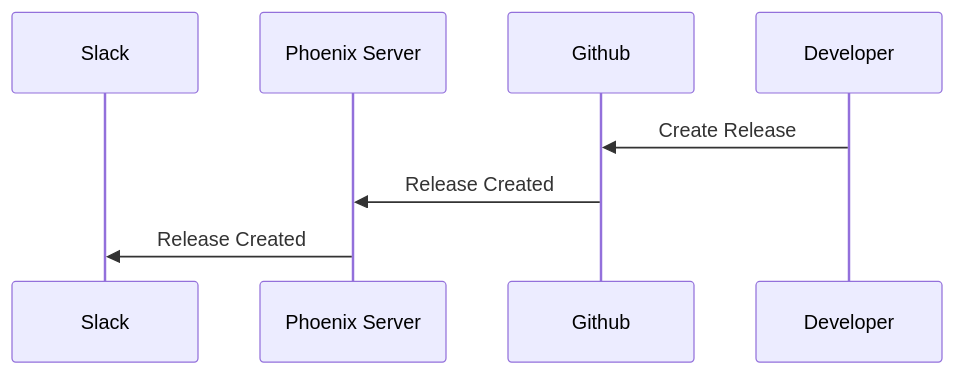
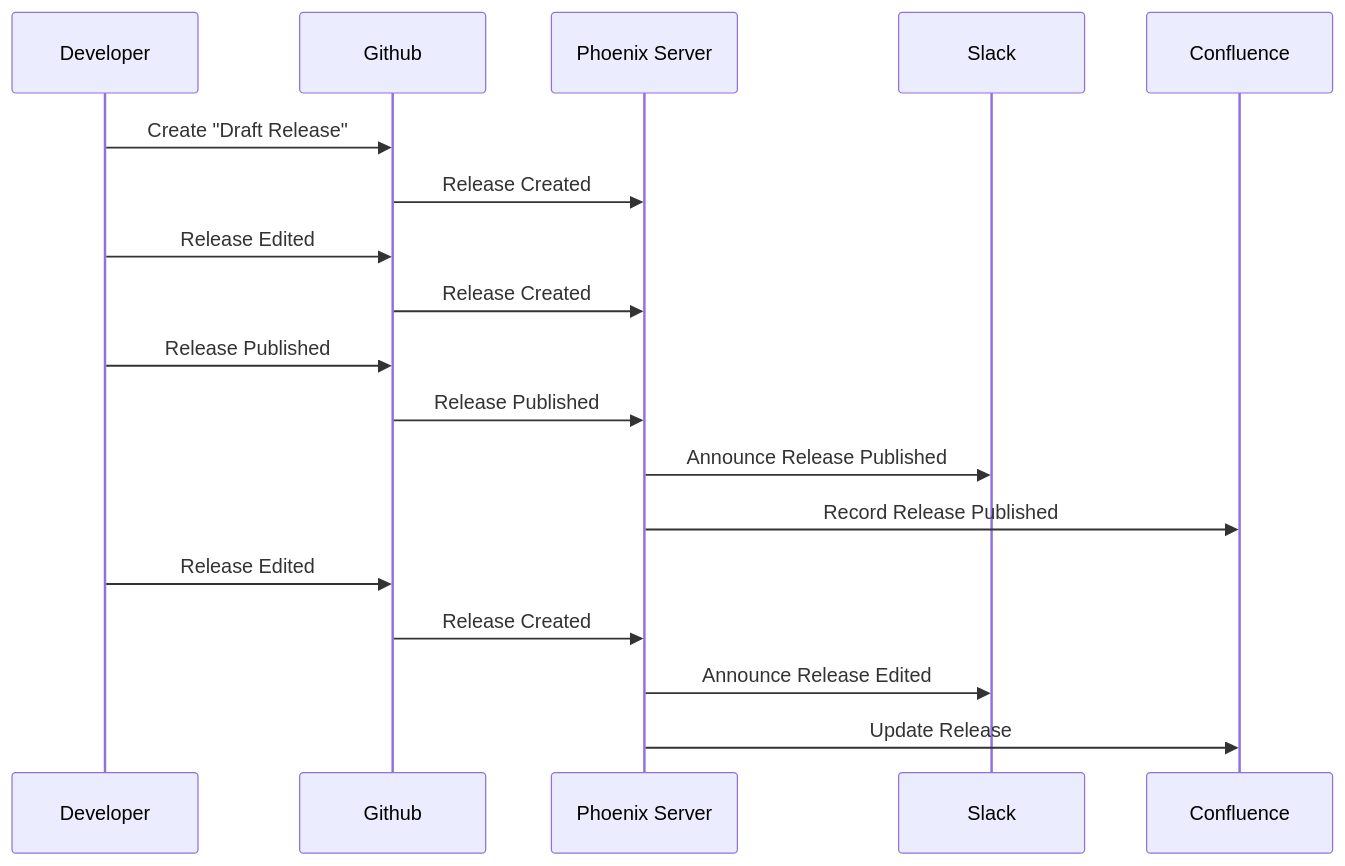
Before and after one commit to mojotech/captains-log-release-agent: the third of 3 diagrams in docs/captains-log-sequence-diagrams.md, drawn with Mermaid. The commit also changed other lines of this file, not shown here.

````diff
--- a/docs/captains-log-sequence-diagrams.md
+++ b/docs/captains-log-sequence-diagrams.md
@@ -33,14 +33,33 @@
 ```mermaid
 
 sequenceDiagram
+    participant Developer
+    participant Github
+
+
+    participant Phoenix Server
     participant Slack
-    participant Phoenix Server
-    participant Github
-    participant Developer
+
+    participant Confluence
+
+
     
     
-    Developer->>Github: Create Release
+    Developer->>Github: Create "Draft Release"
     Github->>Phoenix Server: Release Created
-    Phoenix Server->>Slack: Release Created
+
+    Developer->>Github: Release Edited
+    Github->>Phoenix Server: Release Created
+    
+    Developer->>Github: Release Published
+    Github->>Phoenix Server: Release Published
+    Phoenix Server->>Slack: Announce Release Published
+    Phoenix Server->>Confluence: Record Release Published
+
+
+    Developer->>Github: Release Edited
+    Github->>Phoenix Server: Release Created
+    Phoenix Server->>Slack: Announce Release Edited
+    Phoenix Server->>Confluence: Update Release
 
 ```
````
